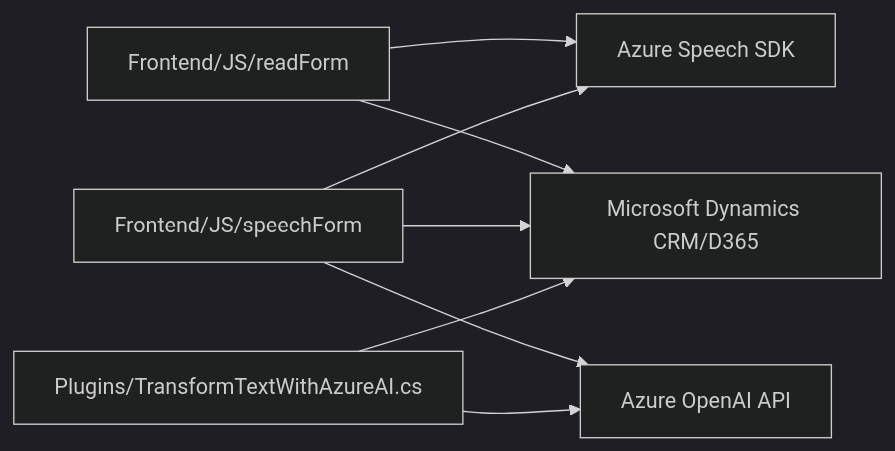
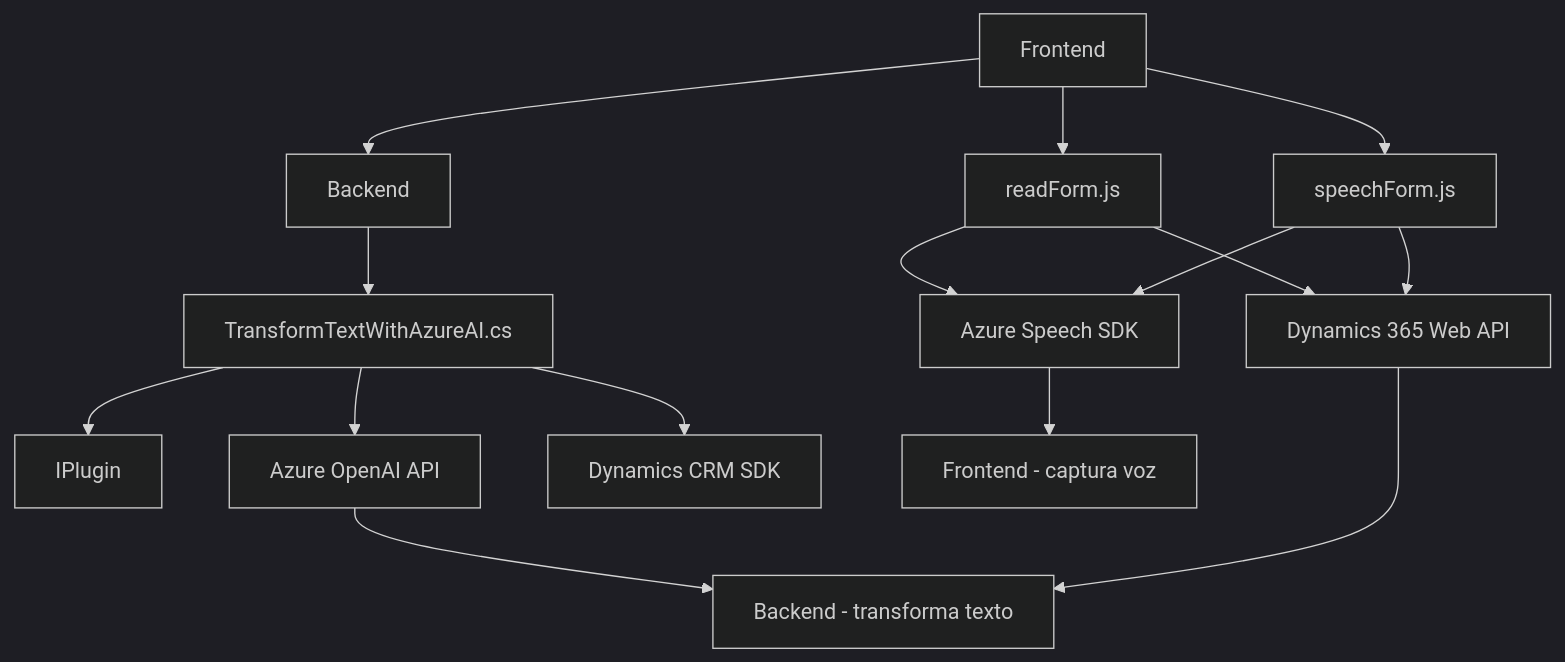
Before and after one commit to blopezdm/NETCORE_BILBAO2025: the diagram in README.md, drawn with Mermaid (dark theme). The commit also changed other lines of this file, not shown here.

````diff
--- a/README.md
+++ b/README.md
@@ -37,17 +42,30 @@
 ```mermaid
-graph LR
-  A["Frontend/JS/readForm"]
-  B["Frontend/JS/speechForm"]
-  C["Plugins/TransformTextWithAzureAI.cs"]
-  D["Microsoft Dynamics CRM/D365"]
-  E["Azure Speech SDK"]
-  G["Azure OpenAI API"]
+graph TD
+  A["Frontend"]
+  B["readForm.js"]
+  C["speechForm.js"]
+  D["Azure Speech SDK"]
+  E["Dynamics 365 Web API"]
+  F["Backend"]
+  G["TransformTextWithAzureAI.cs"]
+  H["IPlugin"]
+  I["Azure OpenAI API"]
+  J["Dynamics CRM SDK"]
+  K["Frontend - captura voz"]
+  L["Backend - transforma texto"]
 
-  A --> E
+  A --> B
+  A --> C
+  B --> D
+  C --> D
   B --> E
-  A --> D
-  B --> D
-  B --> G
-  C --> G
-  C --> D
+  C --> E
+  A --> F
+  F --> G
+  G --> H
+  G --> I
+  G --> J
+  D --> K
+  I --> L
+  E --> L
 ```
````
